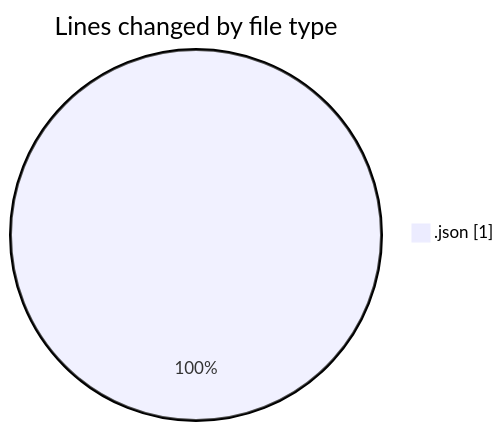
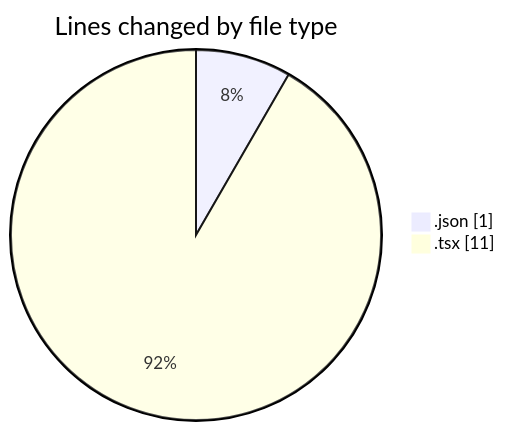
Before and after one commit to Elitesun/code-tracking: the first of 2 diagrams in 2025-05-01/niten/README.md, drawn with Mermaid. The commit also changed other lines of this file and 1 other file, not shown here.

````diff
--- a/2025-05-01/niten/README.md
+++ b/2025-05-01/niten/README.md
@@ -20,5 +21,6 @@
 ```mermaid
 pie showData
 title Lines changed by file type
 ".json" : 1
+".tsx" : 11
 ```
````
